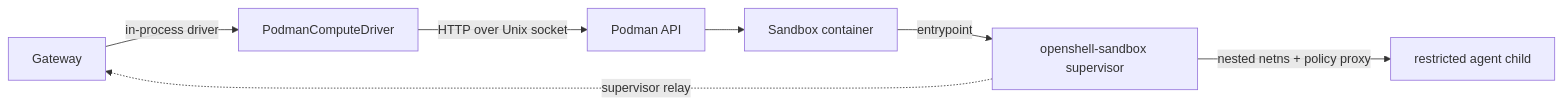
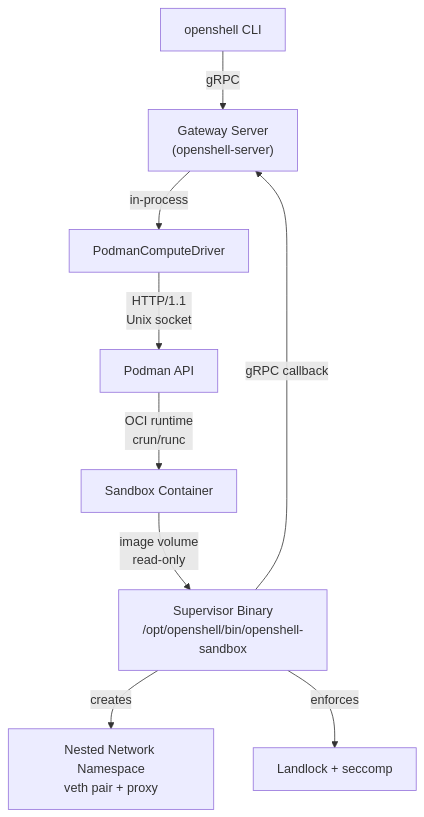
One commit to NVIDIA/OpenShell changed the first of 4 diagrams in crates/openshell-driver-podman/README.md. Above: the diagram before and after it, drawn with Mermaid. The commit also changed other lines of this file and 2 other files, not shown here.

Commit message:
docs(podman): split networking architecture notes

````diff
--- a/crates/openshell-driver-podman/README.md
+++ b/crates/openshell-driver-podman/README.md
@@ -30,9 +33,11 @@
 ```mermaid
-flowchart LR
-    GW["Gateway"] -->|"in-process driver"| D["PodmanComputeDriver"]
-    D -->|"HTTP over Unix socket"| P["Podman API"]
-    P --> C["Sandbox container"]
-    C -->|"entrypoint"| S["openshell-sandbox supervisor"]
-    S -->|"nested netns + policy proxy"| A["restricted agent child"]
-    S -.->|"supervisor relay"| GW
+graph TB
+    CLI["openshell CLI"] -->|gRPC| GW["Gateway Server<br/>(openshell-server)"]
+    GW -->|in-process| PD["PodmanComputeDriver"]
+    PD -->|HTTP/1.1<br/>Unix socket| PA["Podman API"]
+    PA -->|OCI runtime<br/>crun/runc| C["Sandbox Container"]
+    C -->|image volume<br/>read-only| SV["Supervisor Binary<br/>/opt/openshell/bin/openshell-sandbox"]
+    SV -->|creates| NS["Nested Network Namespace<br/>veth pair + proxy"]
+    SV -->|enforces| LL["Landlock + seccomp"]
+    SV -->|gRPC callback| GW
 ```
````
